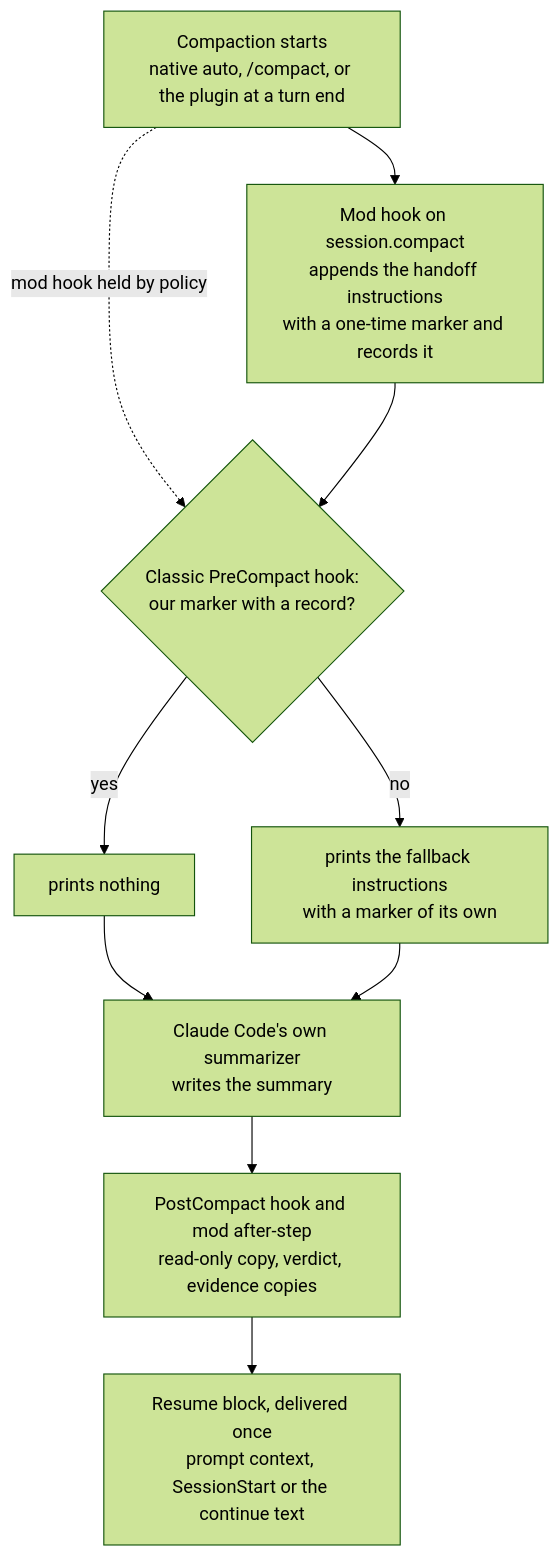
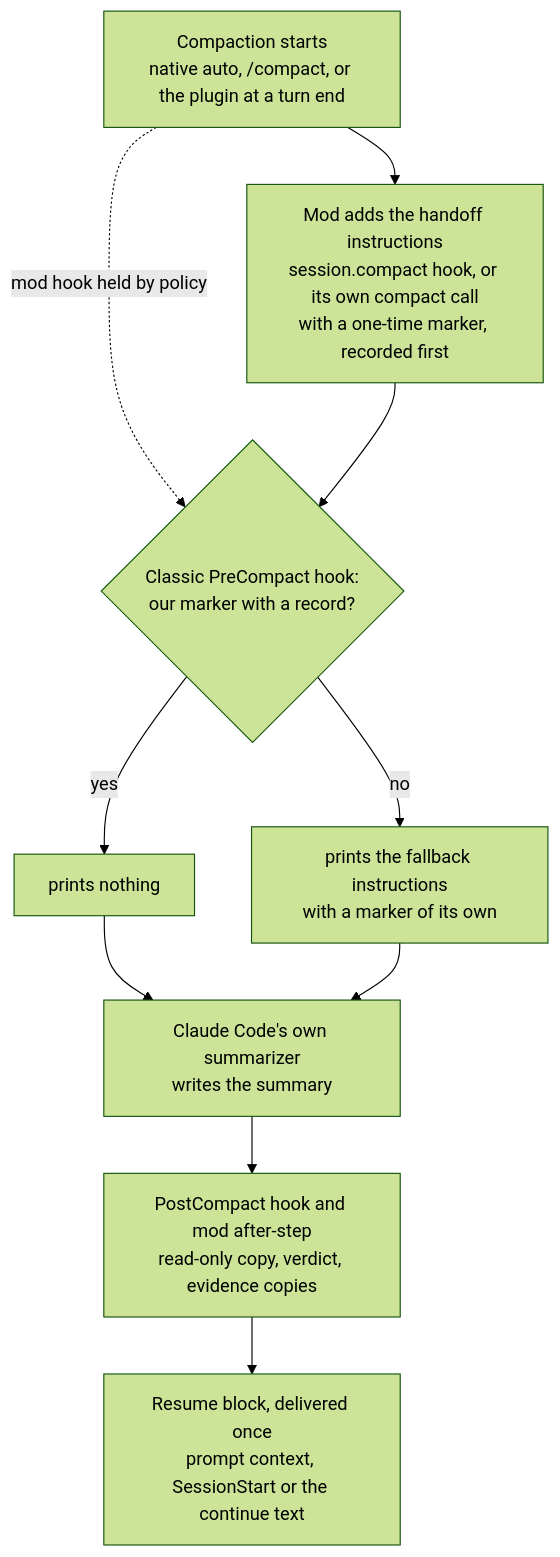
The diagram in src/README.md (RuslanTar/afk-compact), drawn with Mermaid (forest theme) before and after one commit. The commit also changed other lines of this file, not shown here.

````diff
--- a/src/README.md
+++ b/src/README.md
@@ -20,12 +20,12 @@
 ```mermaid
 flowchart TD
-  A["Compaction starts<br/>native auto, /compact, or the plugin at a turn end"] --> B["Mod hook on session.compact<br/>appends the handoff instructions<br/>with a one-time marker and records it"]
+  A["Compaction starts<br/>native auto, /compact, or the plugin at a turn end"] --> B["Mod adds the handoff instructions<br/>session.compact hook, or its own compact call<br/>with a one-time marker, recorded first"]
   A -.->|mod hook held by policy| C
   B --> C{"Classic PreCompact hook:<br/>our marker with a record?"}
   C -- yes --> D["prints nothing"]
   C -- no --> E["prints the fallback instructions<br/>with a marker of its own"]
   D --> F["Claude Code's own summarizer<br/>writes the summary"]
   E --> F
   F --> G["PostCompact hook and mod after-step<br/>read-only copy, verdict, evidence copies"]
   G --> H["Resume block, delivered once<br/>prompt context, SessionStart or the continue text"]
 ```
````
